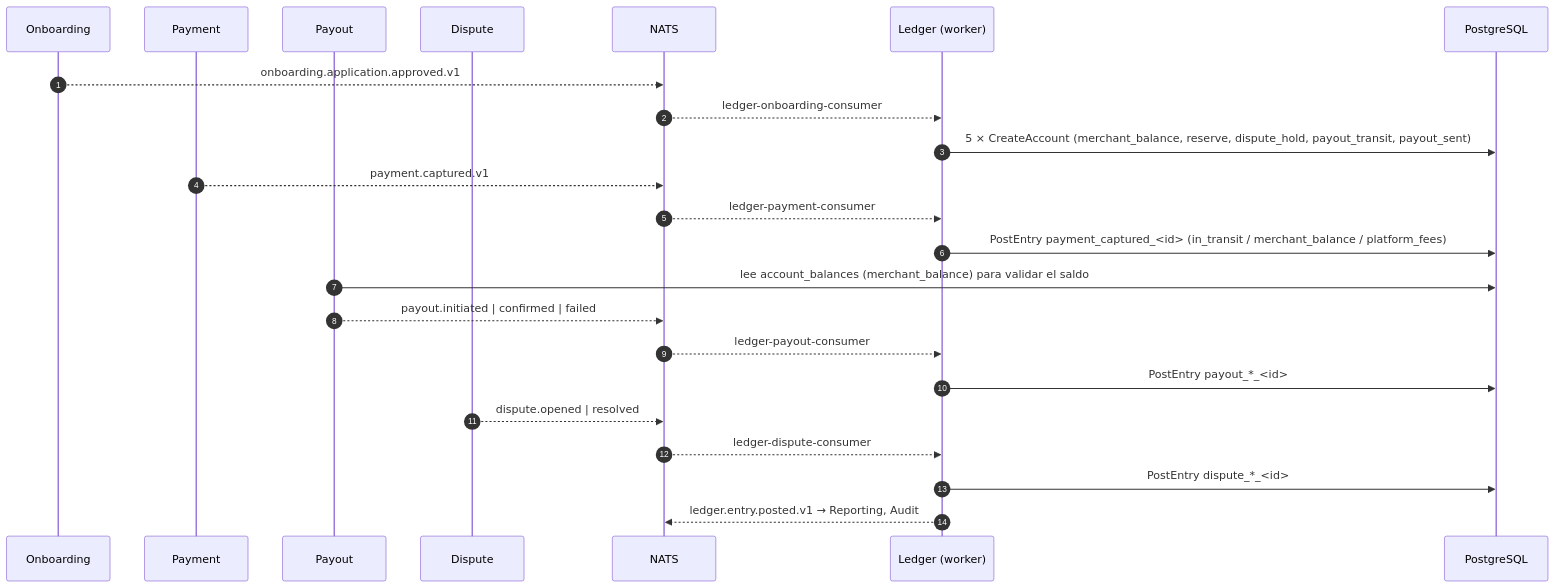
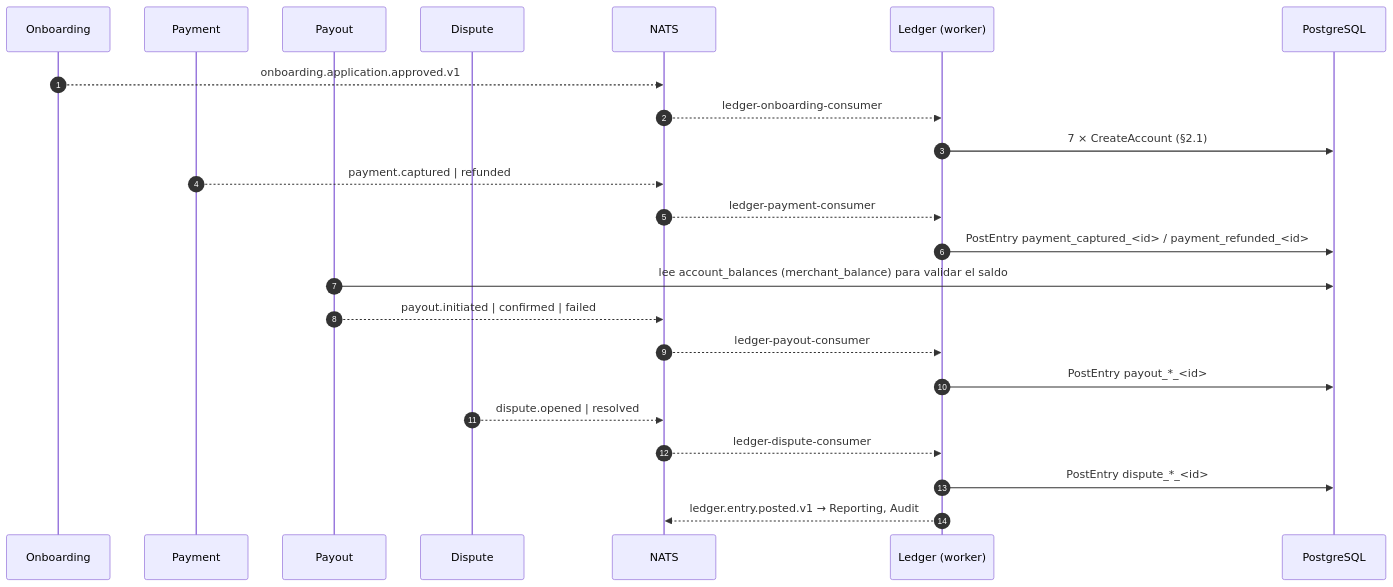
Before and after one commit to juantevez/cobros-platform: the first of 2 diagrams in docs/technical/LEDGER.md, drawn with Mermaid. The commit also changed other lines of this file and 6 other files, not shown here.

````diff
--- a/docs/technical/LEDGER.md
+++ b/docs/technical/LEDGER.md
@@ -54,30 +54,30 @@
 ```mermaid
 sequenceDiagram
     autonumber
     participant OB as Onboarding
     participant PAY as Payment
     participant PO as Payout
     participant DS as Dispute
     participant N as NATS
     participant L as Ledger (worker)
     participant DB as PostgreSQL
 
     OB-->>N: onboarding.application.approved.v1
     N-->>L: ledger-onboarding-consumer
-    L->>DB: 5 × CreateAccount (merchant_balance, reserve, dispute_hold, payout_transit, payout_sent)
+    L->>DB: 7 × CreateAccount (§2.1)
 
-    PAY-->>N: payment.captured.v1
+    PAY-->>N: payment.captured | refunded
     N-->>L: ledger-payment-consumer
-    L->>DB: PostEntry payment_captured_<id> (in_transit / merchant_balance / platform_fees)
+    L->>DB: PostEntry payment_captured_<id> / payment_refunded_<id>
 
     PO->>DB: lee account_balances (merchant_balance) para validar el saldo
     PO-->>N: payout.initiated | confirmed | failed
     N-->>L: ledger-payout-consumer
     L->>DB: PostEntry payout_*_<id>
 
     DS-->>N: dispute.opened | resolved
     N-->>L: ledger-dispute-consumer
     L->>DB: PostEntry dispute_*_<id>
 
     L-->>N: ledger.entry.posted.v1 → Reporting, Audit
 ```
````
